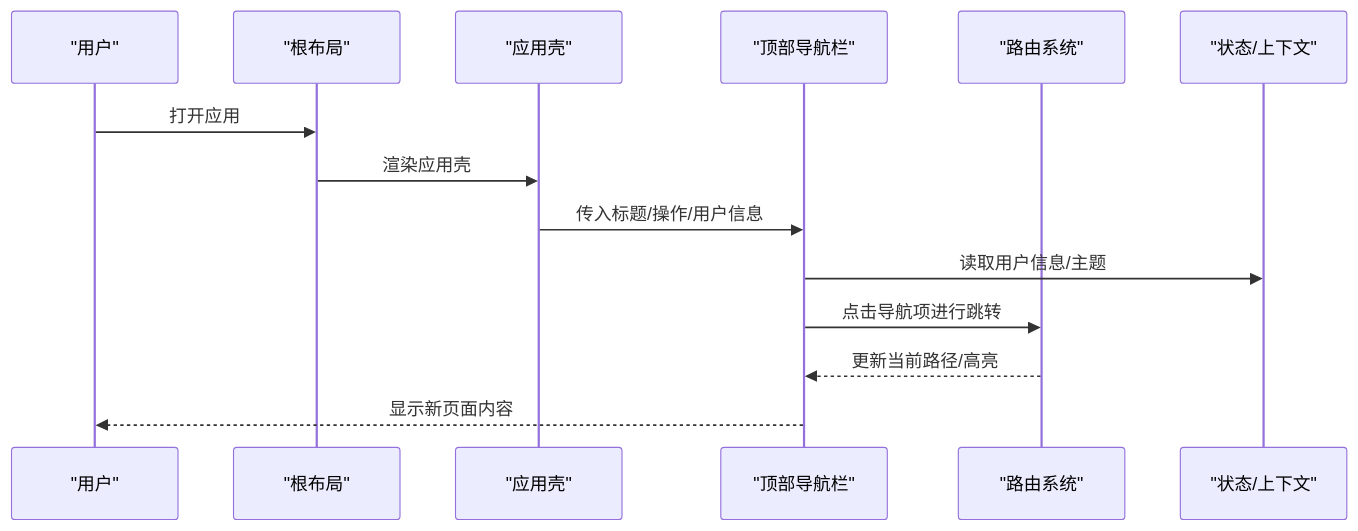
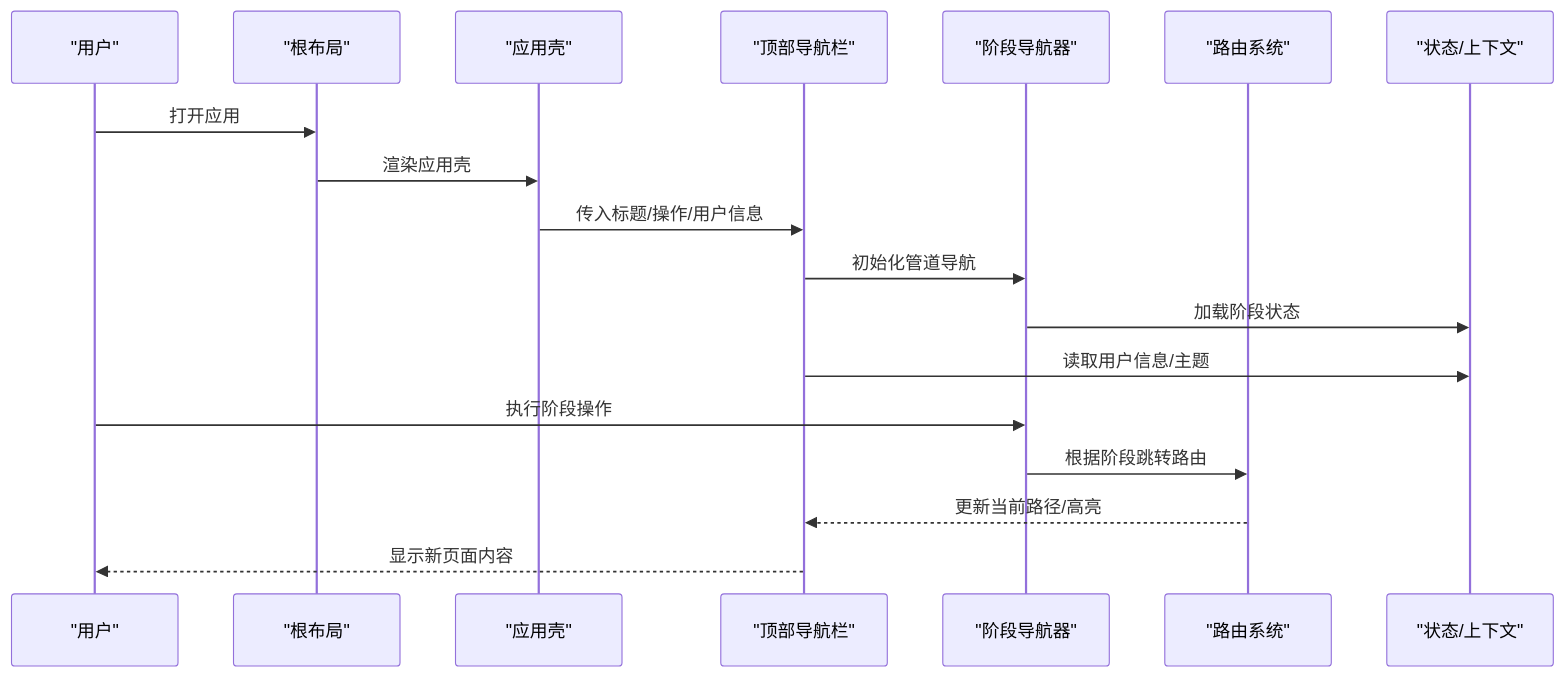
One commit to AIMFllyYS/code-video-canvas changed the second of 7 diagrams in .qoder/repowiki/zh/content/UI 组件库/业务组件/顶部导航栏组件.md. Above: the diagram before and after it, drawn with Mermaid. The commit also changed other lines of this file and 51 other files, not shown here.

````diff
--- a/.qoder/repowiki/zh/content/UI 组件库/业务组件/顶部导航栏组件.md
+++ b/.qoder/repowiki/zh/content/UI 组件库/业务组件/顶部导航栏组件.md
@@ -95,16 +118,20 @@
 ```mermaid
 sequenceDiagram
 participant User as "用户"
 participant Layout as "根布局"
 participant Shell as "应用壳"
 participant TopBar as "顶部导航栏"
+participant StageNav as "阶段导航器"
 participant Router as "路由系统"
 participant Store as "状态/上下文"
 User->>Layout : 打开应用
 Layout->>Shell : 渲染应用壳
 Shell->>TopBar : 传入标题/操作/用户信息
+TopBar->>StageNav : 初始化管道导航
+StageNav->>Store : 加载阶段状态
 TopBar->>Store : 读取用户信息/主题
-TopBar->>Router : 点击导航项进行跳转
+User->>StageNav : 执行阶段操作
+StageNav->>Router : 根据阶段跳转路由
 Router-->>TopBar : 更新当前路径/高亮
 TopBar-->>User : 显示新页面内容
 ```
````
